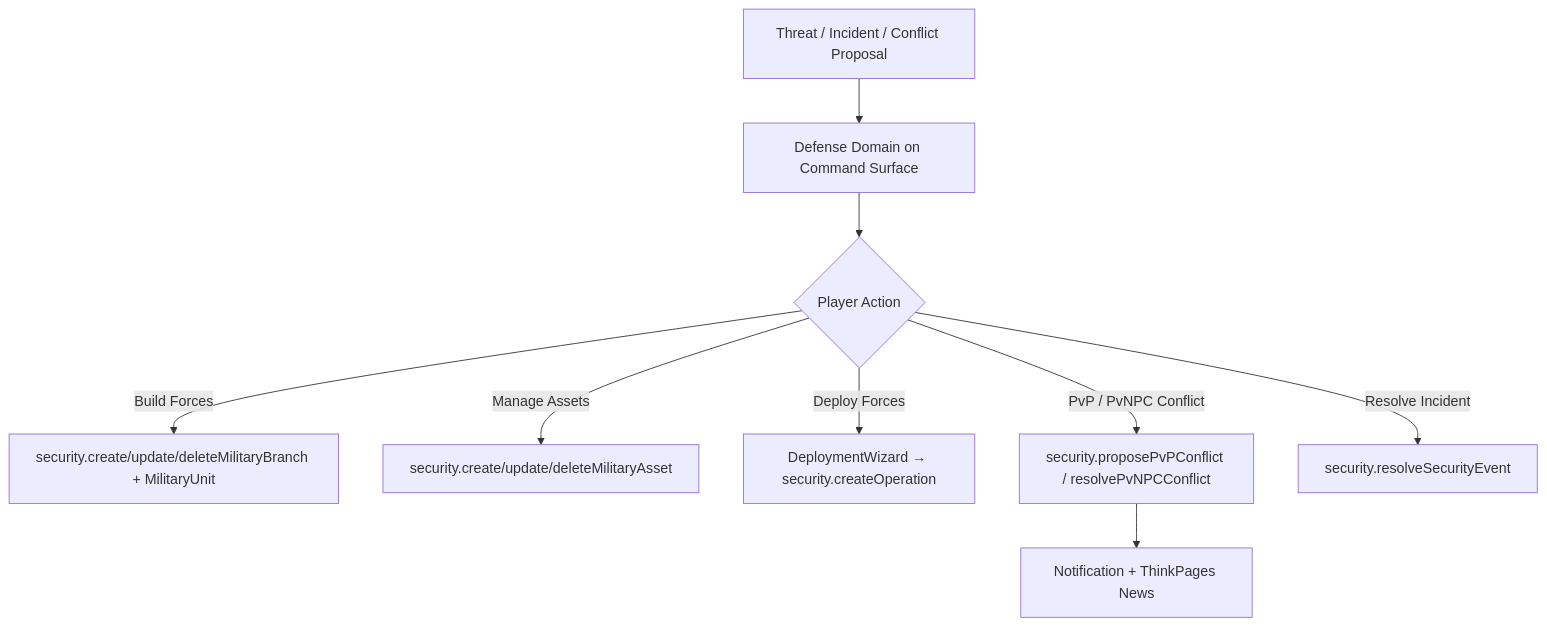
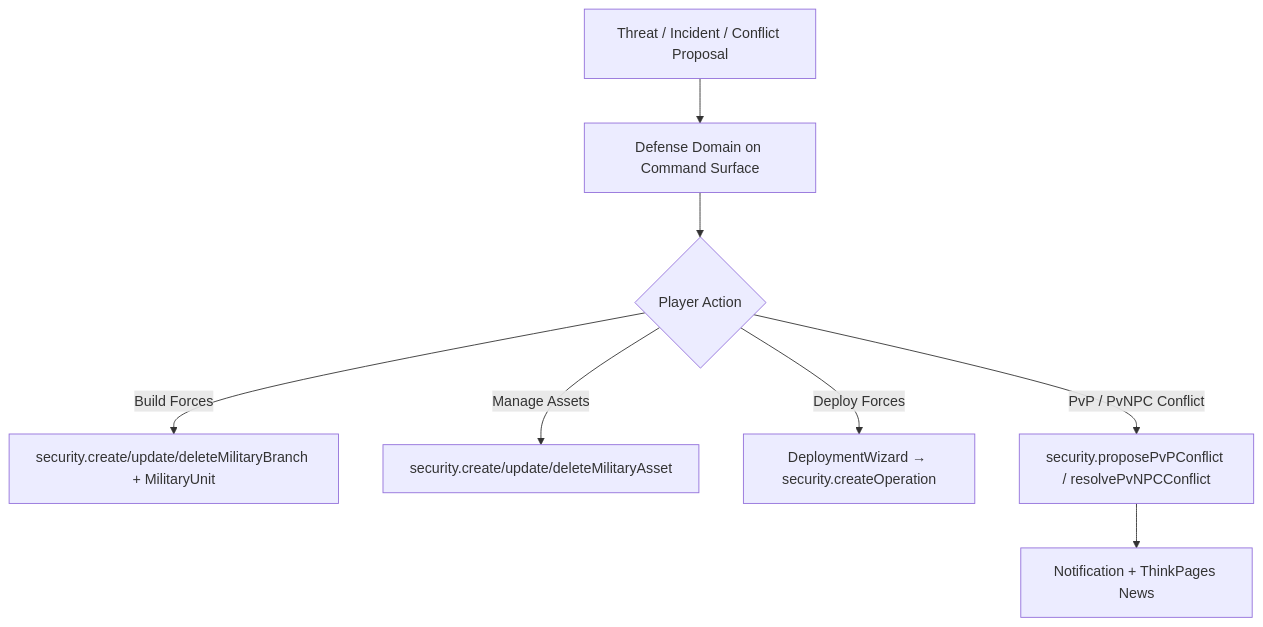
Before and after one commit to algolds/ixstats: the diagram in docs/systems/defense.md, drawn with Mermaid. The commit also changed other lines of this file and 20 other files, not shown here.

````diff
--- a/docs/systems/defense.md
+++ b/docs/systems/defense.md
@@ -51,11 +50,10 @@
 ```mermaid
 graph TD
     A[Threat / Incident / Conflict Proposal] --> B[Defense Domain on Command Surface]
     B --> C{Player Action}
     C -->|Build Forces| BF[security.create/update/deleteMilitaryBranch + MilitaryUnit]
     C -->|Manage Assets| D[security.create/update/deleteMilitaryAsset]
     C -->|Deploy Forces| E[DeploymentWizard → security.createOperation]
     C -->|PvP / PvNPC Conflict| F[security.proposePvPConflict / resolvePvNPCConflict]
-    C -->|Resolve Incident| G[security.resolveSecurityEvent]
     F --> H[Notification + ThinkPages News]
 ```
````
